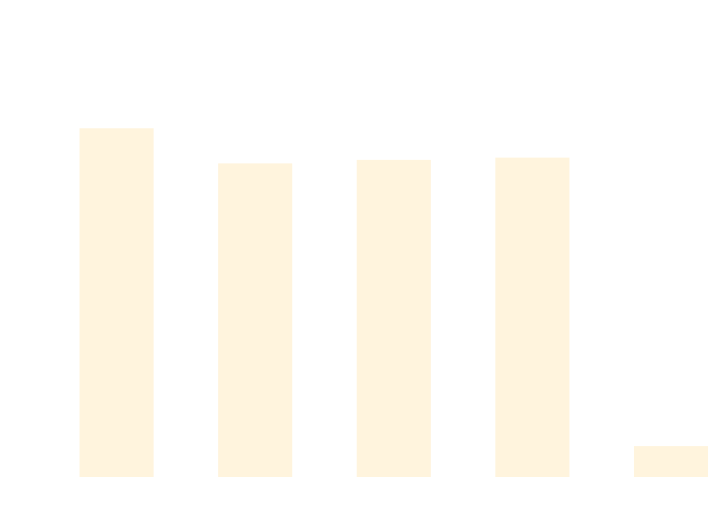
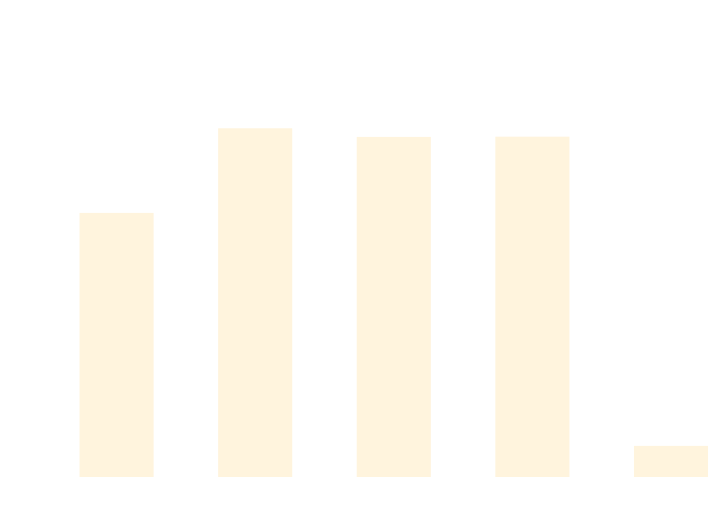
One commit to thomhurst/TUnit changed the diagram in docs/docs/benchmarks/ScaleTests.md. Above: the diagram before and after it, drawn with Mermaid. The commit also changed other lines of this file and 16 other files, not shown here.

````diff
--- a/docs/docs/benchmarks/ScaleTests.md
+++ b/docs/docs/benchmarks/ScaleTests.md
@@ -27,37 +27,37 @@
 ```mermaid
 %%{init: {
   'theme':'base',
   'themeVariables': {
     'primaryColor': '#2563eb',
     'primaryTextColor': '#ffffff',
     'primaryBorderColor': '#1e40af',
     'lineColor': '#6b7280',
     'secondaryColor': '#7c3aed',
     'tertiaryColor': '#dc2626',
     'background': '#ffffff',
     'mainBkg': '#2563eb',
     'secondBkg': '#7c3aed',
     'tertiaryBkg': '#dc2626',
     'clusterBkg': '#f3f4f6',
     'edgeLabelBackground': '#ffffff',
     'tertiaryTextColor': '#1f2937',
     'pie1': '#2563eb',
     'pie2': '#7c3aed',
     'pie3': '#dc2626',
     'pie4': '#f59e0b',
     'pie5': '#10b981',
     'pie6': '#06b6d4',
     'pie7': '#ec4899',
     'pie8': '#6366f1',
     'pie9': '#84cc16',
     'pie10': '#f97316',
     'pie11': '#14b8a6',
     'pie12': '#a855f7'
   }
 }}%%
 xychart-beta
   title "ScaleTests Performance Comparison"
   x-axis ["TUnit", "NUnit", "MSTest", "xUnit3", "TUnit_AOT"]
-  y-axis "Time (ms)" 0 --> 835
-  bar [695.64, 623.92, 631.11, 635.72, 46.76]
+  y-axis "Time (ms)" 0 --> 715
+  bar [447.7, 595.62, 580.57, 580.98, 40.41]
 ```
````
